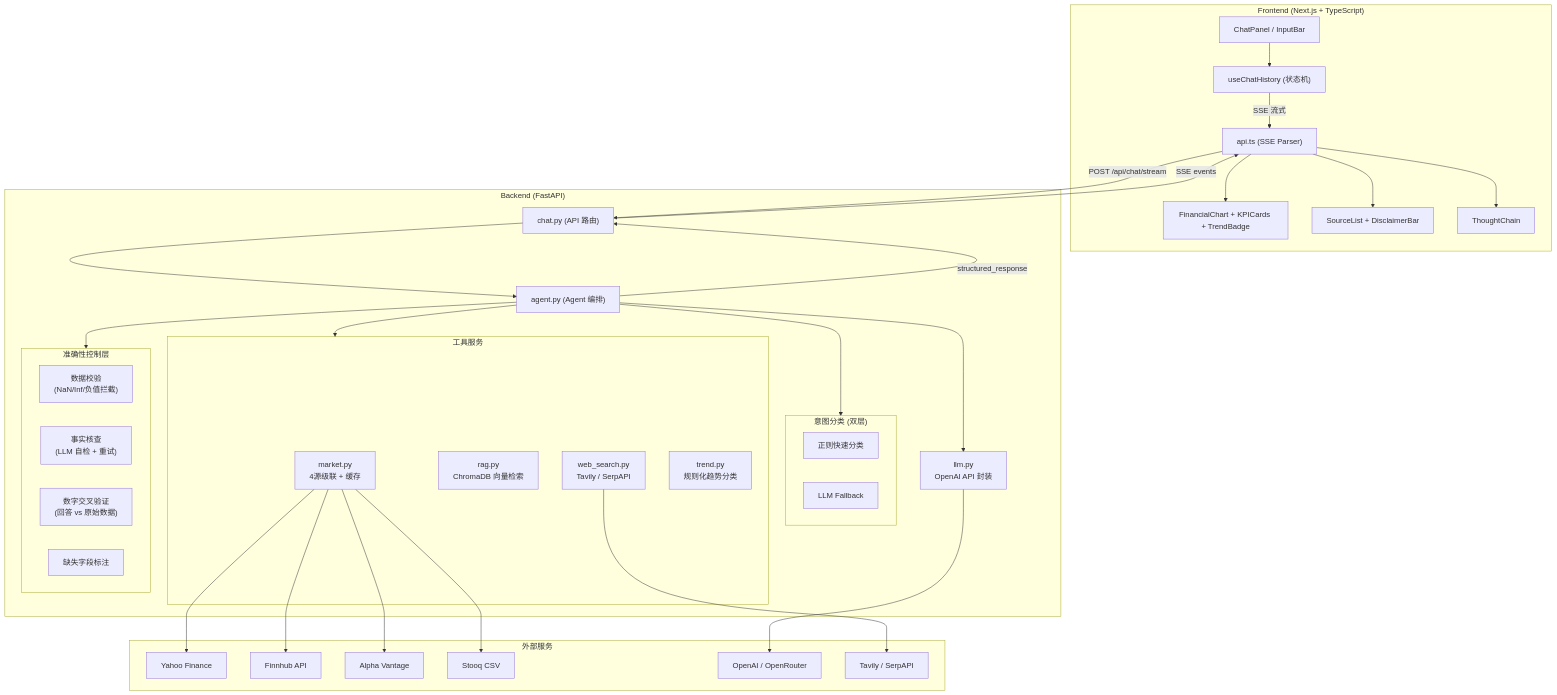
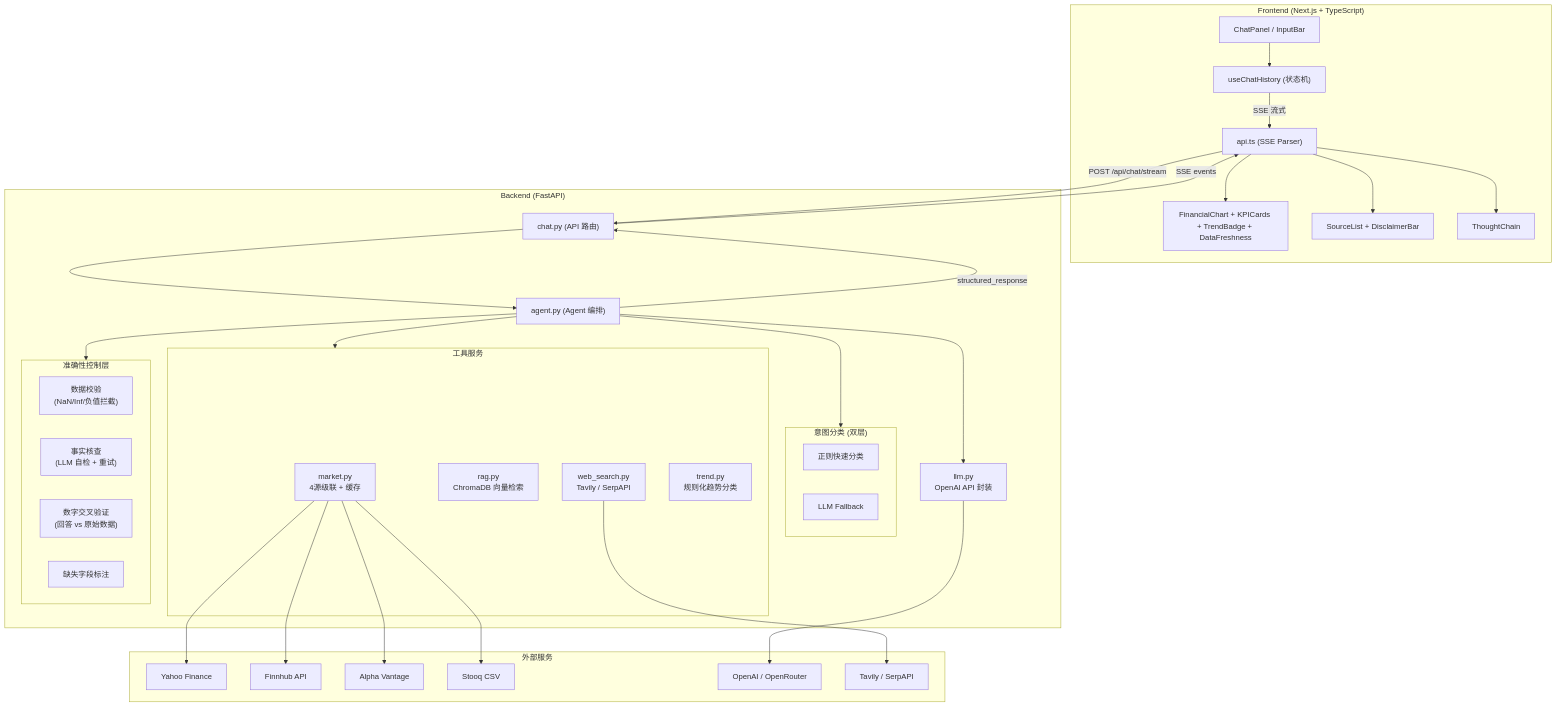
The diagram in README.md (Jiang020609/fin-ai-agent), drawn with Mermaid before and after one commit. The commit also changed other lines of this file and 3 other files, not shown here.

````diff
--- a/README.md
+++ b/README.md
@@ -23,67 +23,67 @@
 ```mermaid
 graph TB
     subgraph Frontend["Frontend (Next.js + TypeScript)"]
         UI["ChatPanel / InputBar"]
-        Charts["FinancialChart + KPICards + TrendBadge"]
+        Charts["FinancialChart + KPICards + TrendBadge + DataFreshness"]
         Sources["SourceList + DisclaimerBar"]
         Thought["ThoughtChain"]
         State["useChatHistory (状态机)"]
         UI --> State
         State -->|SSE 流式| API_Client["api.ts (SSE Parser)"]
     end
 
     subgraph Backend["Backend (FastAPI)"]
         Router["chat.py (API 路由)"]
         Agent["agent.py (Agent 编排)"]
 
         subgraph Intent["意图分类 (双层)"]
             Regex["正则快速分类"]
             LLM_Cls["LLM Fallback"]
         end
 
         subgraph Tools["工具服务"]
             Market["market.py\n4源级联 + 缓存"]
             RAG["rag.py\nChromaDB 向量检索"]
             WebSearch["web_search.py\nTavily / SerpAPI"]
             Trend["trend.py\n规则化趋势分类"]
         end
 
         subgraph Grounding["准确性控制层"]
             Validate["数据校验\n(NaN/Inf/负值拦截)"]
             FactCheck["事实核查\n(LLM 自检 + 重试)"]
             NumCheck["数字交叉验证\n(回答 vs 原始数据)"]
             MissingNotice["缺失字段标注"]
         end
 
         LLM["llm.py\nOpenAI API 封装"]
     end
 
     subgraph External["外部服务"]
         Yahoo["Yahoo Finance"]
         Finnhub["Finnhub API"]
         AlphaV["Alpha Vantage"]
         Stooq["Stooq CSV"]
         OpenAI["OpenAI / OpenRouter"]
         SearchAPI["Tavily / SerpAPI"]
     end
 
     API_Client -->|POST /api/chat/stream| Router
     Router --> Agent
     Agent --> Intent
     Agent --> Tools
     Agent --> Grounding
     Agent --> LLM
 
     Market --> Yahoo
     Market --> Finnhub
     Market --> AlphaV
     Market --> Stooq
     LLM --> OpenAI
     WebSearch --> SearchAPI
 
     Agent -->|structured_response| Router
     Router -->|SSE events| API_Client
     API_Client --> Charts
     API_Client --> Sources
     API_Client --> Thought
 ```
````
